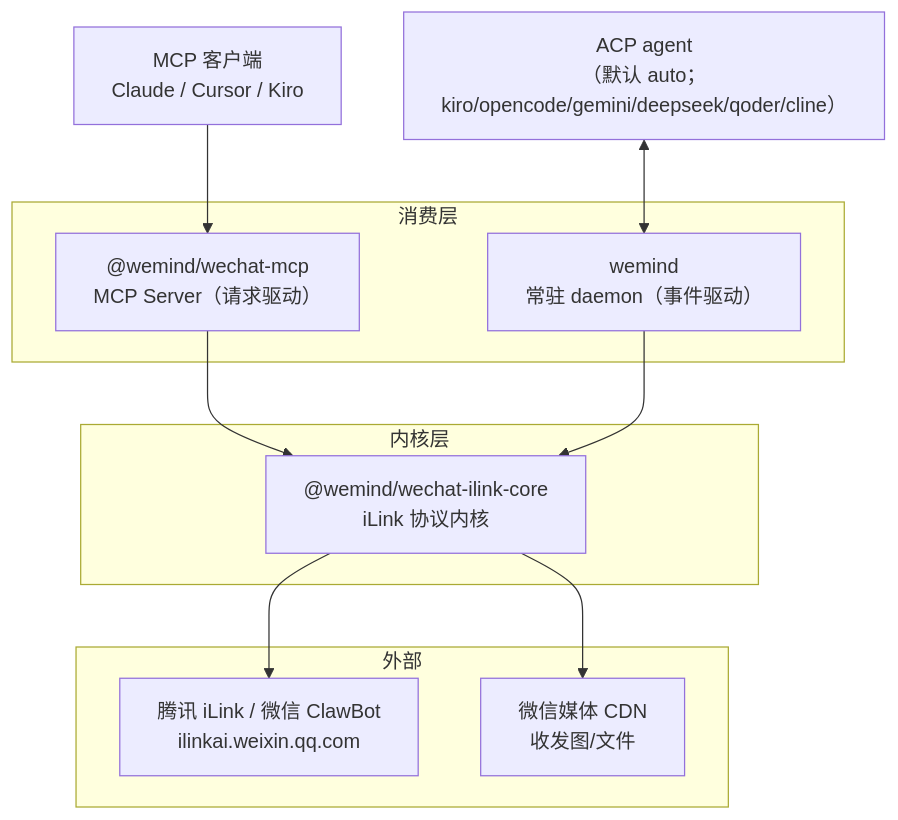
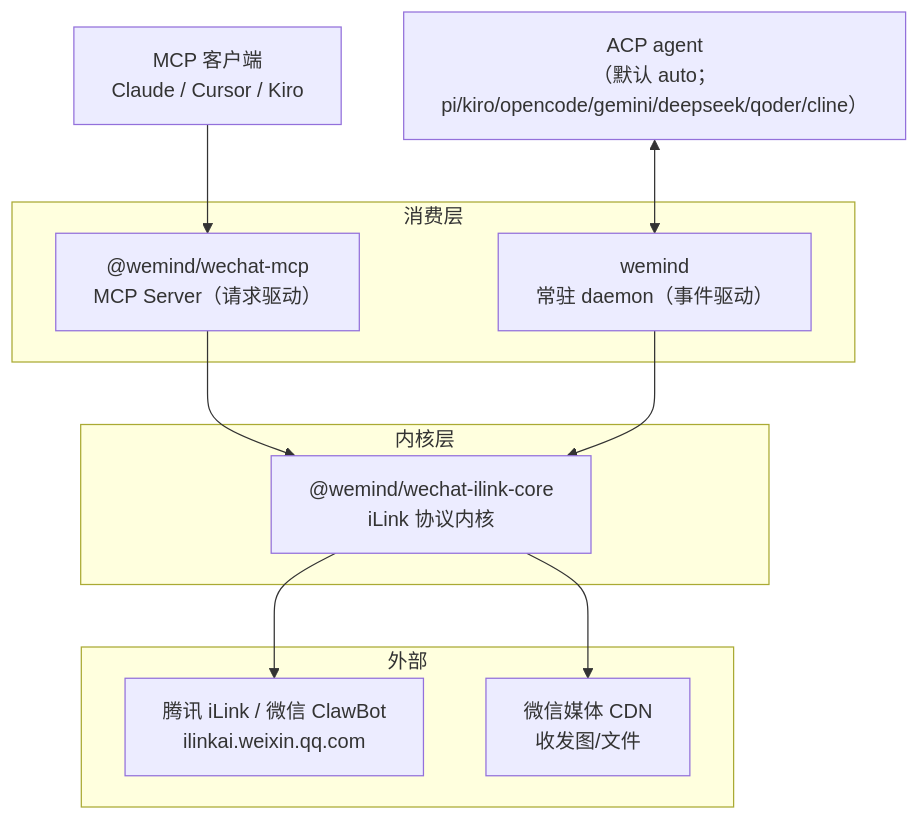
Before and after one commit to imwangpan/WeMind: the first of 6 diagrams in docs/repowiki/02-系统架构.md, drawn with Mermaid. The commit also changed other lines of this file and 21 other files, not shown here.

````diff
--- a/docs/repowiki/02-系统架构.md
+++ b/docs/repowiki/02-系统架构.md
@@ -13,20 +13,20 @@
 ```mermaid
 graph TD
     subgraph 消费层
         MCP["@wemind/wechat-mcp<br/>MCP Server（请求驱动）"]
         DAEMON["wemind<br/>常驻 daemon（事件驱动）"]
     end
     subgraph 内核层
         CORE["@wemind/wechat-ilink-core<br/>iLink 协议内核"]
     end
     subgraph 外部
         ILINK["腾讯 iLink / 微信 ClawBot<br/>ilinkai.weixin.qq.com"]
         CDN["微信媒体 CDN<br/>收发图/文件"]
     end
     MCPCLIENT["MCP 客户端<br/>Claude / Cursor / Kiro"] --> MCP
-    BRAIN["ACP agent<br/>（默认 auto；kiro/opencode/gemini/deepseek/qoder/cline）"] <--> DAEMON
+    BRAIN["ACP agent<br/>（默认 auto；pi/kiro/opencode/gemini/deepseek/qoder/cline）"] <--> DAEMON
     MCP --> CORE
     DAEMON --> CORE
     CORE --> ILINK
     CORE --> CDN
 ```
````
